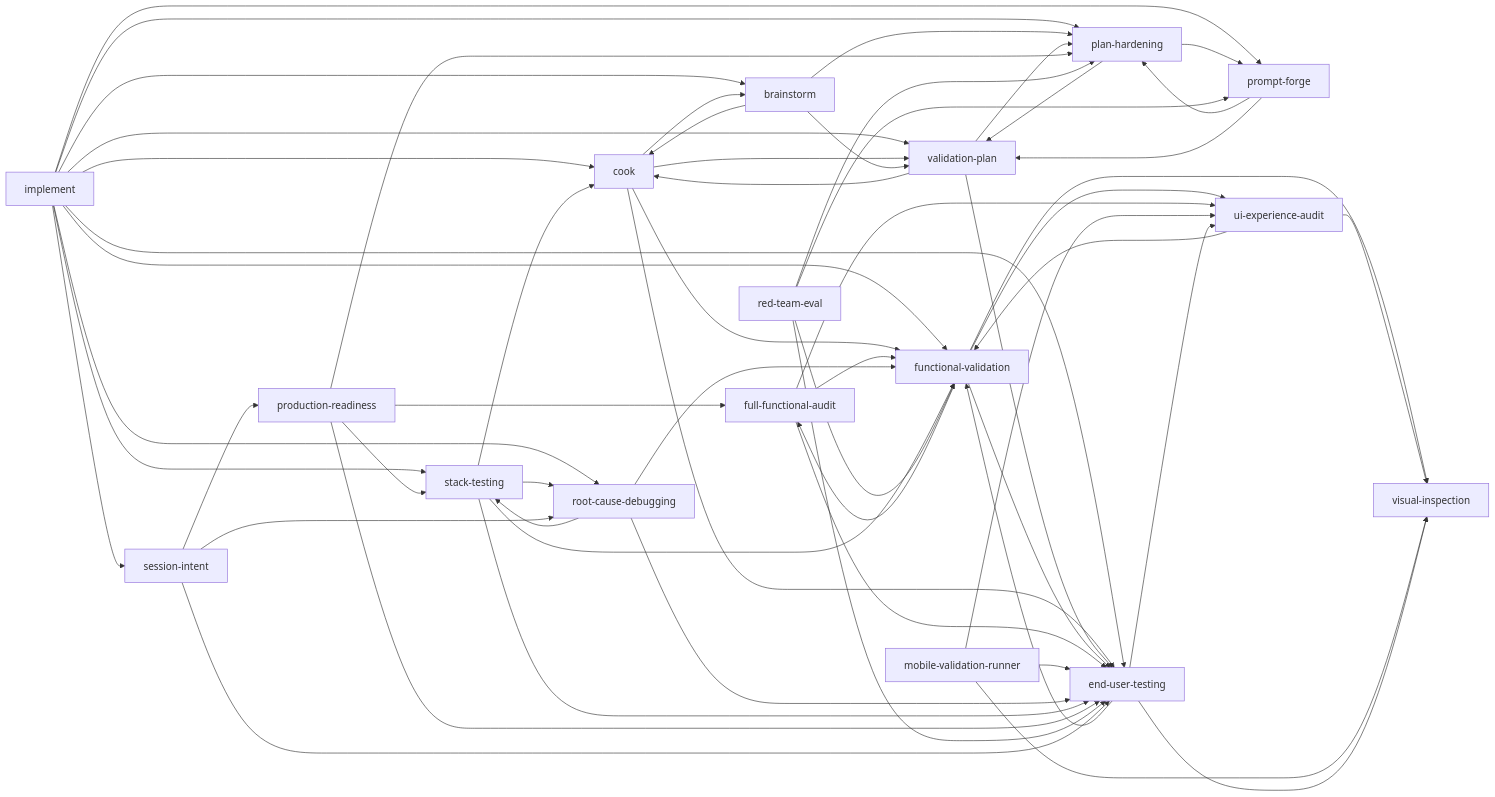
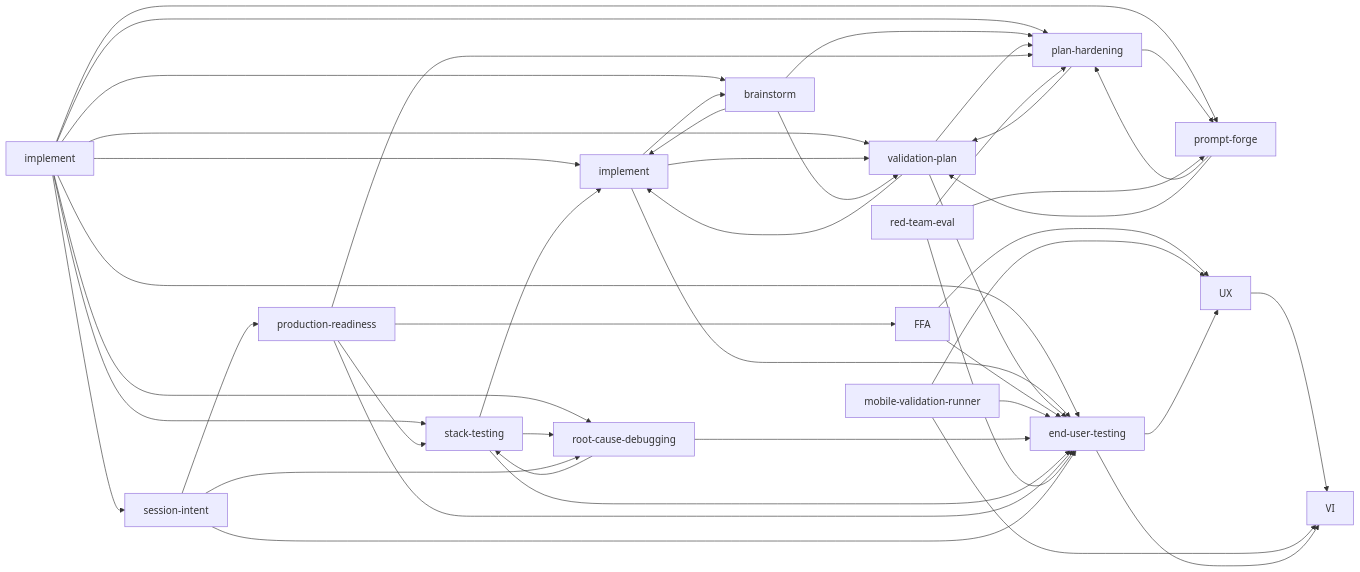
Before and after one commit to krzemienski/proofpunk: the third of 5 diagrams in README.md, drawn with Mermaid. The commit also changed other lines of this file and 72 other files, not shown here.

````diff
--- a/README.md
+++ b/README.md
@@ -513,60 +464,48 @@
 ```mermaid
 graph LR
     IMP["implement"] --> SI["session-intent"]
     IMP --> PF["prompt-forge"]
     IMP --> VP["validation-plan"]
     IMP --> PH["plan-hardening"]
-    IMP --> CK["cook"]
+    IMP --> IM2["implement"]
     IMP --> RCD["root-cause-debugging"]
-    IMP --> FV["functional-validation"]
     IMP --> EG["end-user-testing"]
     IMP --> ST["stack-testing"]
     IMP --> BS["brainstorm"]
-    CK --> VP
-    CK --> FV
-    CK --> EG
-    CK --> BS
+    IM2 --> VP
+    IM2 --> EG
+    IM2 --> BS
     BS --> VP
     BS --> PH
-    BS --> CK
+    BS --> IM2
     VP --> PH
     VP --> EG
-    VP --> CK
+    VP --> IM2
     PH --> VP
     PH --> PF
     PF --> PH
     PF --> VP
-    FV --> EG
-    FV --> FFA["full-functional-audit"]
-    FV --> VI["visual-inspection"]
-    FV --> UX["ui-experience-audit"]
-    FFA --> FV
     FFA --> EG
     FFA --> UX
     UX --> VI
-    UX --> FV
     MVR["mobile-validation-runner"] --> VI
     MVR --> UX
     MVR --> EG
     RCD --> ST
-    RCD --> FV
     RCD --> EG
-    ST --> FV
     ST --> EG
     ST --> RCD
-    ST --> CK
+    ST --> IM2
     PR["production-readiness"] --> FFA
     PR --> ST
     PR --> EG
     PR --> PH
     RTE["red-team-eval"] --> PH
     RTE --> PF
-    RTE --> FV
     RTE --> EG
     SI --> PR
     SI --> RCD
     SI --> EG
-    EG --> FV
     EG --> VI
     EG --> UX
 ```
````
